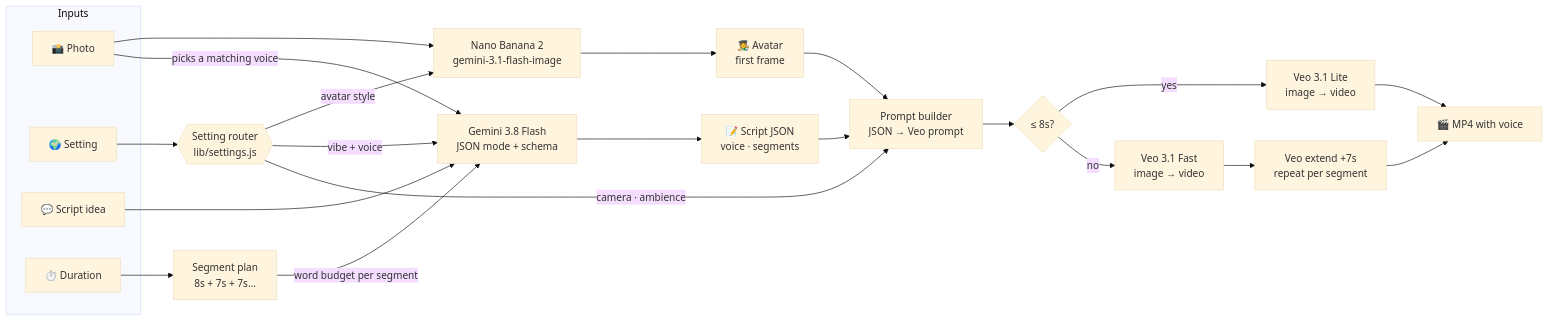
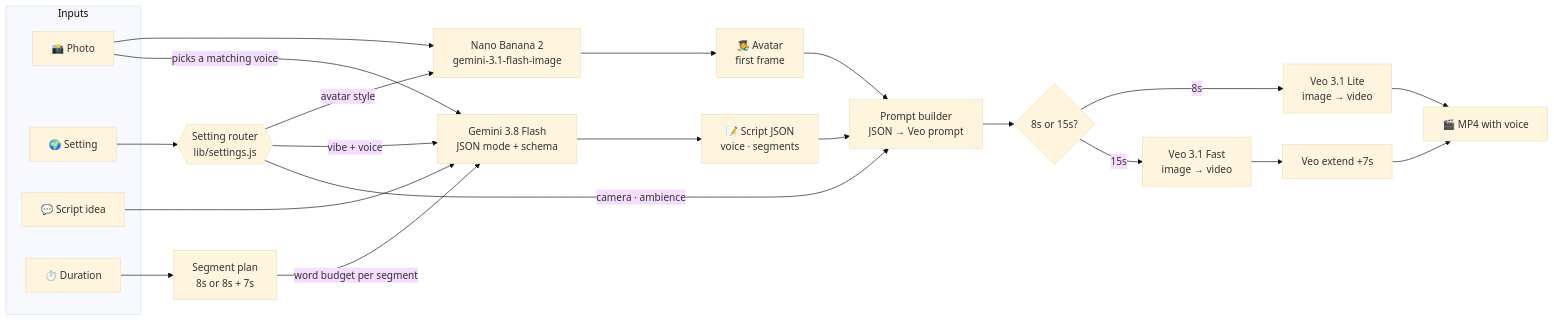
Before and after one commit to wright-x/mouthpiece: the diagram in README.md, drawn with Mermaid (base theme). The commit also changed other lines of this file and 5 other files, not shown here.

````diff
--- a/README.md
+++ b/README.md
@@ -33,33 +33,33 @@
 ```mermaid
 flowchart LR
     subgraph IN[" Inputs "]
       P[📸 Photo]
       S[🌍 Setting]
       I[💬 Script idea]
       D[⏱️ Duration]
     end
 
     S --> R{{Setting router<br/>lib/settings.js}}
-    D --> SEG[Segment plan<br/>8s + 7s + 7s…]
+    D --> SEG[Segment plan<br/>8s or 8s + 7s]
 
     P --> NB[Nano Banana 2<br/>gemini-3.1-flash-image]
     R -- avatar style --> NB
     NB --> AV[🧑‍🎨 Avatar<br/>first frame]
 
     I --> FL[Gemini 3.8 Flash<br/>JSON mode + schema]
     P -- picks a matching voice --> FL
     R -- vibe + voice --> FL
     SEG -- word budget per segment --> FL
     FL --> JS[📝 Script JSON<br/>voice · segments]
 
     AV --> VP[Prompt builder<br/>JSON → Veo prompt]
     JS --> VP
     R -- camera · ambience --> VP
 
-    VP --> V{≤ 8s?}
-    V -- yes --> LITE[Veo 3.1 Lite<br/>image → video]
-    V -- no --> FAST[Veo 3.1 Fast<br/>image → video]
-    FAST --> EXT[Veo extend +7s<br/>repeat per segment]
+    VP --> V{8s or 15s?}
+    V -- 8s --> LITE[Veo 3.1 Lite<br/>image → video]
+    V -- 15s --> FAST[Veo 3.1 Fast<br/>image → video]
+    FAST --> EXT[Veo extend +7s]
     LITE --> OUT[🎬 MP4 with voice]
     EXT --> OUT
 ```
````
